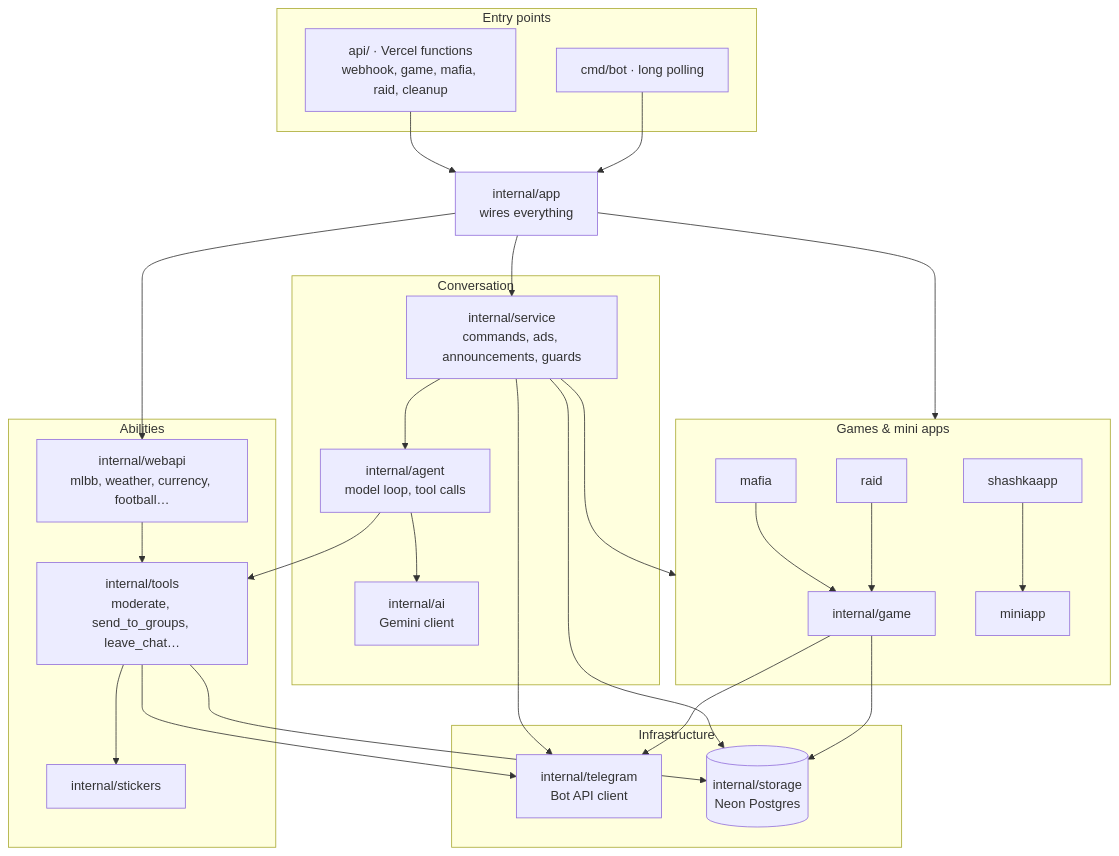
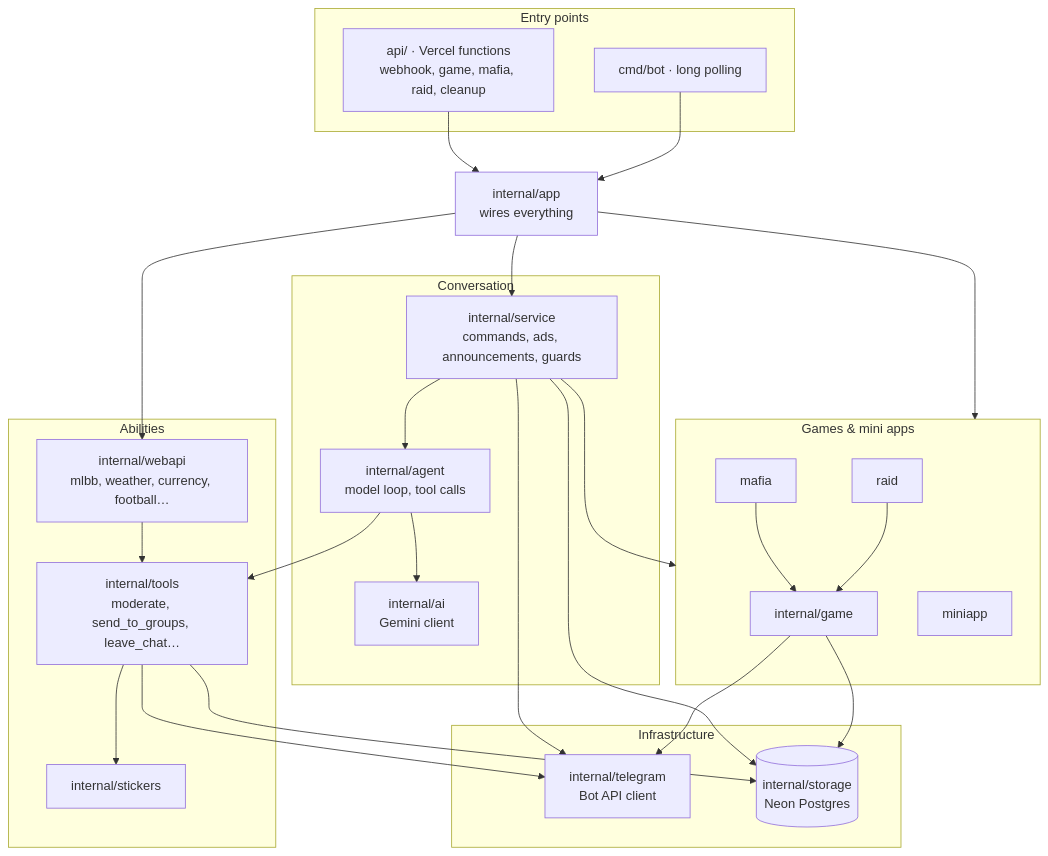
Before and after one commit to qobulov/telegram-ai-bot: the diagram in README.md, drawn with Mermaid. The commit also changed other lines of this file and 79 other files, not shown here.

````diff
--- a/README.md
+++ b/README.md
@@ -85,55 +80,53 @@
 ```mermaid
 flowchart TD
   subgraph entry["Entry points"]
     api["api/ · Vercel functions<br/>webhook, game, mafia, raid, cleanup"]
     cmd["cmd/bot · long polling"]
   end
 
   app["internal/app<br/>wires everything"]
 
   subgraph core["Conversation"]
     service["internal/service<br/>commands, ads, announcements, guards"]
     agent["internal/agent<br/>model loop, tool calls"]
     ai["internal/ai<br/>Gemini client"]
   end
 
   subgraph abilities["Abilities"]
     tools["internal/tools<br/>moderate, send_to_groups, leave_chat…"]
     webapi["internal/webapi<br/>mlbb, weather, currency, football…"]
     stickers["internal/stickers"]
   end
 
   subgraph games["Games & mini apps"]
     game["internal/game"]
     mafia["mafia"]
     raid["raid"]
-    shashka["shashkaapp"]
     miniapp["miniapp"]
   end
 
   subgraph infra["Infrastructure"]
     telegram["internal/telegram<br/>Bot API client"]
     storage[("internal/storage<br/>Neon Postgres")]
   end
 
   api --> app
   cmd --> app
   app --> service
   app --> games
   app --> webapi
   service --> agent
   agent --> ai
   agent --> tools
   webapi --> tools
   tools --> stickers
   mafia --> game
   raid --> game
-  shashka --> miniapp
   service --> games
   service --> storage
   tools --> storage
   game --> storage
   service --> telegram
   tools --> telegram
   game --> telegram
 ```
````
